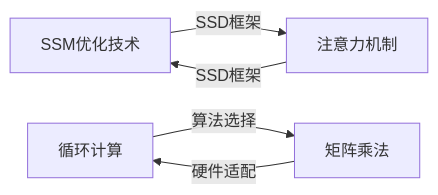
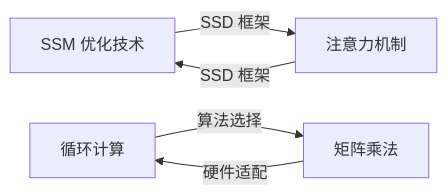
One commit to shawninhk/aiinfra changed the first of 4 diagrams in 06AlgoData/03NewArch/07Mamba_V2.md. Above: the diagram before and after it, drawn with Mermaid. The commit also changed other lines of this file and 92 other files, not shown here.

````diff
--- a/06AlgoData/03NewArch/07Mamba_V2.md
+++ b/06AlgoData/03NewArch/07Mamba_V2.md
@@ -72,7 +72,7 @@
 ```mermaid
 graph LR
-    A[SSM优化技术] -- SSD框架 --> B[注意力机制]
-    B -- SSD框架 --> A
+    A[SSM 优化技术] -- SSD 框架 --> B[注意力机制]
+    B -- SSD 框架 --> A
     C[循环计算] -- 算法选择 --> D[矩阵乘法]
     D -- 硬件适配 --> C
 ```
````
